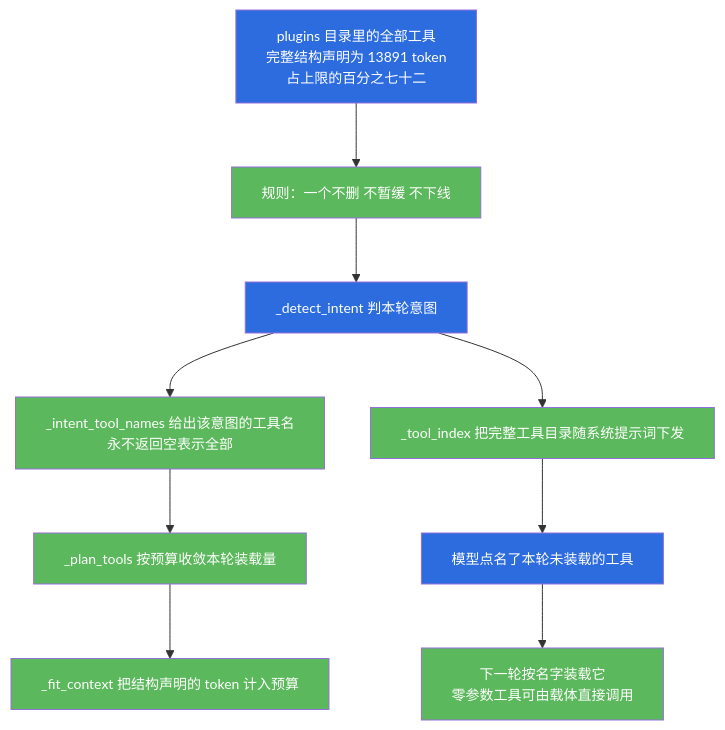
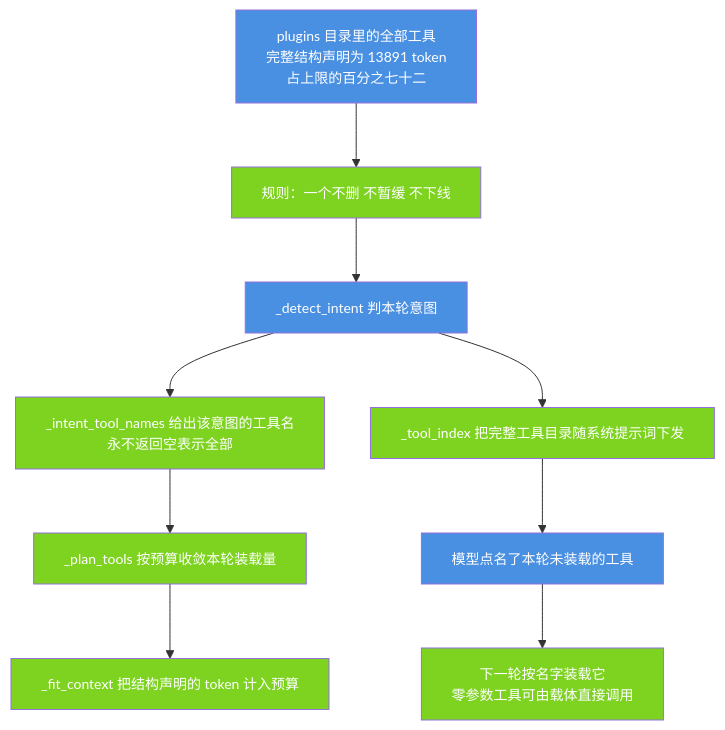
One commit to jiangchuangege/xiaojiao-harnees changed the sixth of 8 diagrams in docs/modules/02-six-infinity.md. Above: the diagram before and after it, drawn with Mermaid. The commit also changed other lines of this file and 32 other files, not shown here.

Commit message:
统一：全仓原理图配色到一套调色板 + 给 12 张灰图补色 + 修正自己会睡那张过期图

````diff
--- a/docs/modules/02-six-infinity.md
+++ b/docs/modules/02-six-infinity.md
@@ -515,21 +515,21 @@
 ```mermaid
 %%{init: {"themeVariables": {"fontSize": "14px"}, "flowchart": {"htmlLabels": true, "wrappingWidth": 340, "nodeSpacing": 46, "rankSpacing": 64, "useMaxWidth": true}}}%%
 flowchart TB
     A["plugins 目录里的全部工具<br/>完整结构声明为 13891 token<br/>占上限的百分之七十二"] --> B["规则：一个不删 不暂缓 不下线"]
     B --> C["_detect_intent 判本轮意图"]
     C --> D["_intent_tool_names 给出该意图的工具名<br/>永不返回空表示全部"]
     D --> E["_plan_tools 按预算收敛本轮装载量"]
     C --> F["_tool_index 把完整工具目录随系统提示词下发"]
     F --> G["模型点名了本轮未装载的工具"]
     G --> H["下一轮按名字装载它<br/>零参数工具可由载体直接调用"]
     E --> I["_fit_context 把结构声明的 token 计入预算"]
-    style A fill:#2d6cdf,color:#fff
-    style C fill:#2d6cdf,color:#fff
-    style G fill:#2d6cdf,color:#fff
-    style B fill:#5cb85c,color:#fff
-    style D fill:#5cb85c,color:#fff
-    style E fill:#5cb85c,color:#fff
-    style F fill:#5cb85c,color:#fff
-    style H fill:#5cb85c,color:#fff
-    style I fill:#5cb85c,color:#fff
+    style A fill:#4A90E2,color:#fff
+    style C fill:#4A90E2,color:#fff
+    style G fill:#4A90E2,color:#fff
+    style B fill:#7ED321,color:#fff
+    style D fill:#7ED321,color:#fff
+    style E fill:#7ED321,color:#fff
+    style F fill:#7ED321,color:#fff
+    style H fill:#7ED321,color:#fff
+    style I fill:#7ED321,color:#fff
 ```
````
